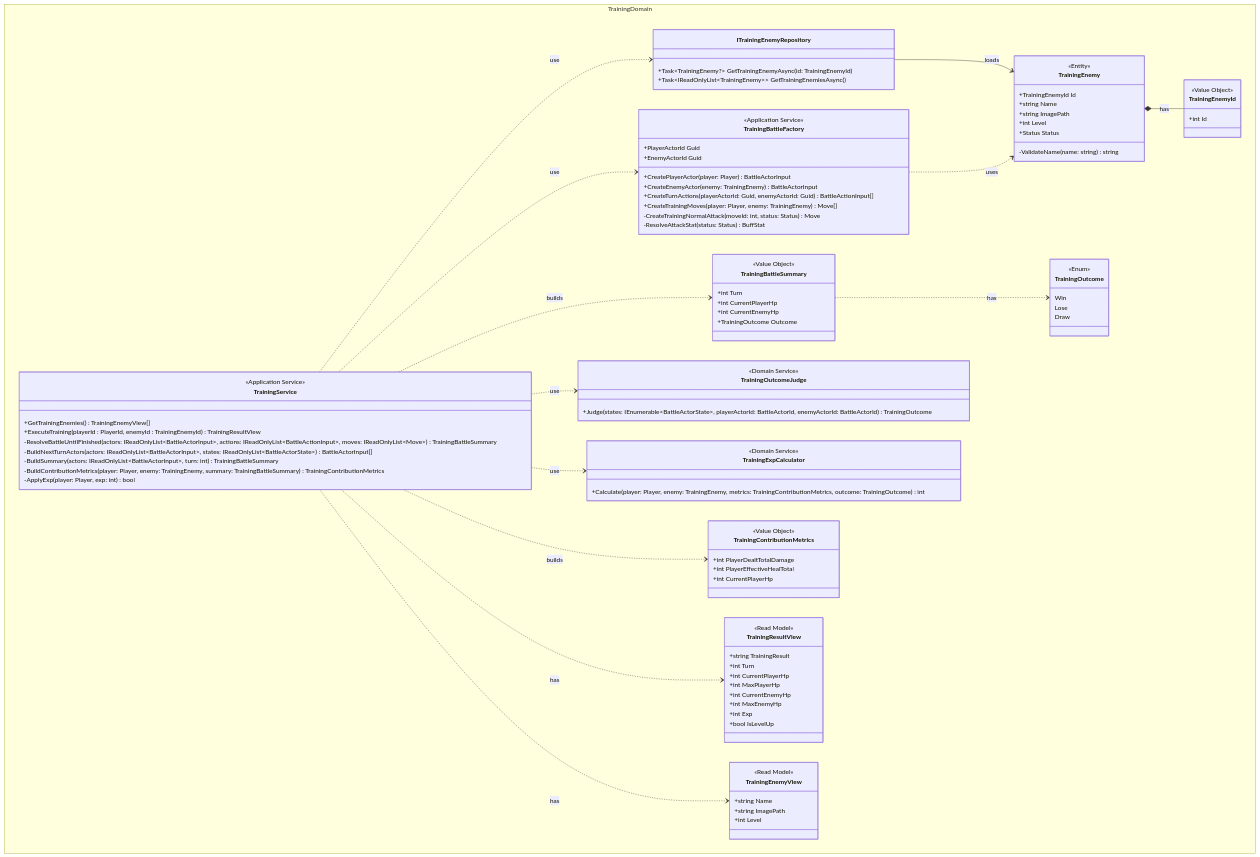
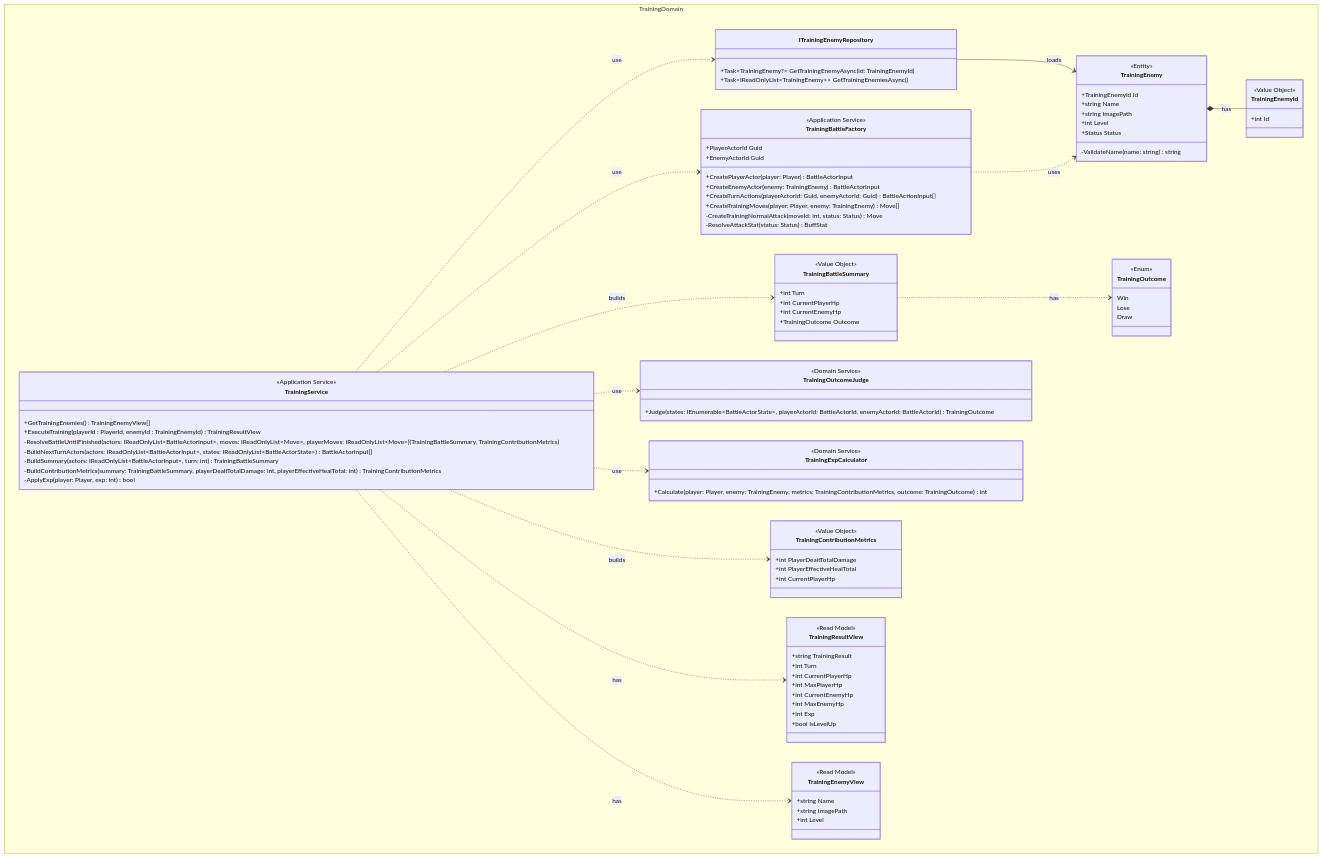
Before and after one commit to ayumu203/nisekue: the diagram in docs/MMD05_TrainingDomain.mmd, drawn with Mermaid. The commit also changed 6 other files, not shown here.

```diff
--- a/docs/MMD05_TrainingDomain.mmd
+++ b/docs/MMD05_TrainingDomain.mmd
@@ -1,111 +1,111 @@
 classDiagram
     %% Enum 定義は docs/MMD21_Enum.mmd を参照
     namespace TrainingDomain {
         %% トレーニングモード
         class TrainingEnemy {
             <<Entity>>
             +TrainingEnemyId Id
             +string Name
             +string ImagePath
             +int Level
             +Status Status
             -ValidateName(name: string) string
         }
 
         class TrainingEnemyId {
             <<Value Object>>
             +int Id
         }
 
         class ITrainingEnemyRepository {
             +Task~TrainingEnemy?~ GetTrainingEnemyAsync(id: TrainingEnemyId)
             +Task~IReadOnlyList~TrainingEnemy~~ GetTrainingEnemiesAsync()
         }
 
         class TrainingBattleFactory {
             <<Application Service>>
             +CreatePlayerActor(player: Player) BattleActorInput
             +CreateEnemyActor(enemy: TrainingEnemy) BattleActorInput
             +CreateTurnActions(playerActorId: Guid, enemyActorId: Guid) BattleActionInput[]
             +CreateTrainingMoves(player: Player, enemy: TrainingEnemy) Move[]
             +PlayerActorId Guid
             +EnemyActorId Guid
             -CreateTrainingNormalAttack(moveId: int, status: Status) Move
             -ResolveAttackStat(status: Status) BuffStat
         }
 
         class TrainingOutcome {
             <<Enum>>
             Win
             Lose
             Draw
         }
 
         class TrainingOutcomeJudge {
             <<Domain Service>>
             +Judge(states: IEnumerable~BattleActorState~, playerActorId: BattleActorId, enemyActorId: BattleActorId) TrainingOutcome
         }
 
         class TrainingExpCalculator {
             <<Domain Service>>
             +Calculate(player: Player, enemy: TrainingEnemy, metrics: TrainingContributionMetrics, outcome: TrainingOutcome) int
         }
 
         class TrainingBattleSummary {
             <<Value Object>>
             +int Turn
             +int CurrentPlayerHp
             +int CurrentEnemyHp
             +TrainingOutcome Outcome
         }
 
         class TrainingContributionMetrics {
             <<Value Object>>
             +int PlayerDealtTotalDamage
             +int PlayerEffectiveHealTotal
             +int CurrentPlayerHp
         }
 
         class TrainingService {
             <<Application Service>>
             +GetTrainingEnemies() TrainingEnemyView[]
             +ExecuteTraining(playerId : PlayerId, enemyId : TrainingEnemyId) TrainingResultView
-            -ResolveBattleUntilFinished(actors: IReadOnlyList~BattleActorInput~, actions: IReadOnlyList~BattleActionInput~, moves: IReadOnlyList~Move~) TrainingBattleSummary
+            -ResolveBattleUntilFinished(actors: IReadOnlyList~BattleActorInput~, moves: IReadOnlyList~Move~, playerMoves: IReadOnlyList~Move~) (TrainingBattleSummary, TrainingContributionMetrics)
             -BuildNextTurnActors(actors: IReadOnlyList~BattleActorInput~, states: IReadOnlyList~BattleActorState~) BattleActorInput[]
             -BuildSummary(actors: IReadOnlyList~BattleActorInput~, turn: int) TrainingBattleSummary
-            -BuildContributionMetrics(player: Player, enemy: TrainingEnemy, summary: TrainingBattleSummary) TrainingContributionMetrics
+            -BuildContributionMetrics(summary: TrainingBattleSummary, playerDealtTotalDamage: int, playerEffectiveHealTotal: int) TrainingContributionMetrics
             -ApplyExp(player: Player, exp: int) bool
         }
 
         class TrainingEnemyView {
             <<Read Model>>
             +string Name
             +string ImagePath
             +int Level
         }
 
         class TrainingResultView {
             <<Read Model>>
             +string TrainingResult
             +int Turn
             +int CurrentPlayerHp
             +int MaxPlayerHp
             +int CurrentEnemyHp
             +int MaxEnemyHp
             +int Exp
             +bool IsLevelUp
         }
     }
 
     TrainingEnemy *-- TrainingEnemyId : has
     ITrainingEnemyRepository --> TrainingEnemy : loads
     TrainingBattleFactory ..> TrainingEnemy : uses
     TrainingBattleSummary ..> TrainingOutcome : has
     TrainingService ..> ITrainingEnemyRepository : use
     TrainingService ..> TrainingBattleFactory : use
     TrainingService ..> TrainingOutcomeJudge : use
     TrainingService ..> TrainingExpCalculator : use
     TrainingService ..> TrainingBattleSummary : builds
     TrainingService ..> TrainingContributionMetrics : builds
     TrainingService ..> TrainingResultView : has
     TrainingService ..> TrainingEnemyView : has
```
